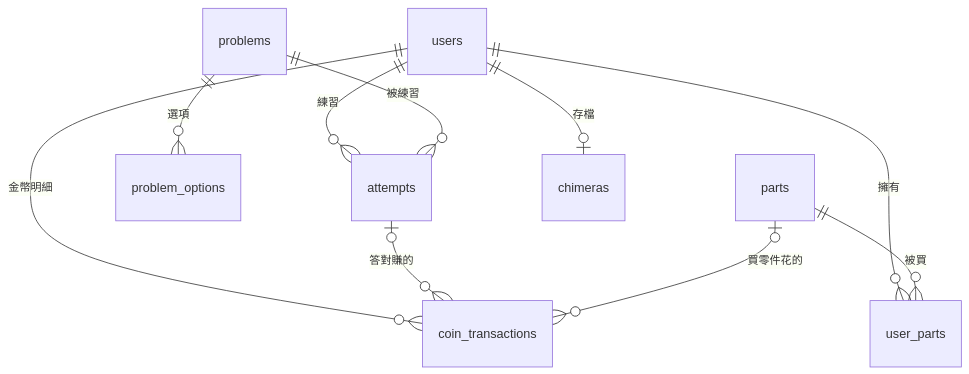
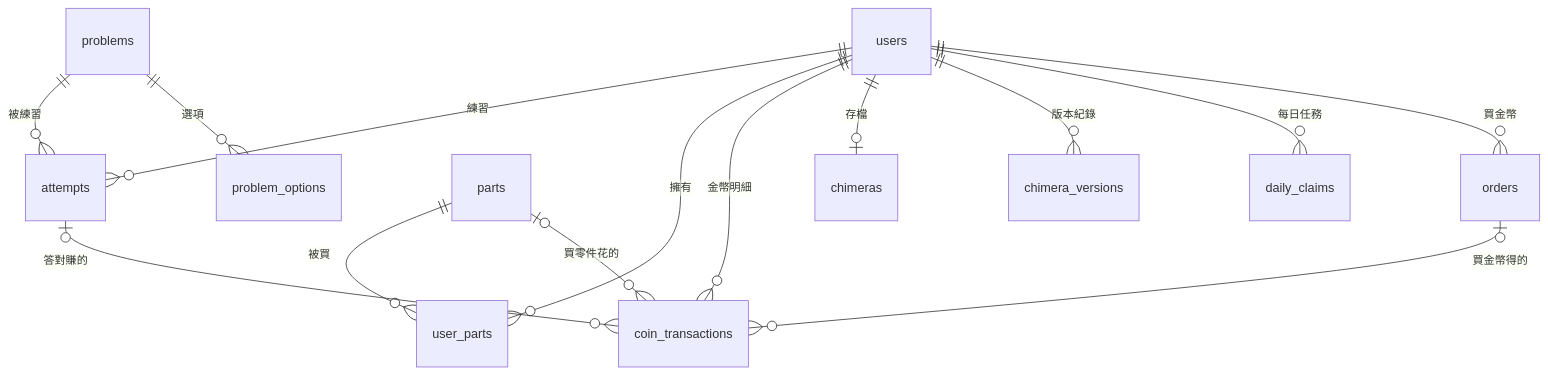
One commit to minruei/bug-clinic changed the second of 2 diagrams in README.md. Above: the diagram before and after it, drawn with Mermaid. The commit also changed other lines of this file and 4 other files, not shown here.

````diff
--- a/README.md
+++ b/README.md
@@ -47,12 +52,16 @@
 ```mermaid
 erDiagram
   users ||--o{ attempts : 練習
   problems ||--o{ attempts : 被練習
   problems ||--o{ problem_options : 選項
   users ||--o{ user_parts : 擁有
   parts ||--o{ user_parts : 被買
   users ||--o{ coin_transactions : 金幣明細
   attempts |o--o{ coin_transactions : 答對賺的
   parts |o--o{ coin_transactions : 買零件花的
   users ||--o| chimeras : 存檔
+  users ||--o{ chimera_versions : 版本紀錄
+  users ||--o{ daily_claims : 每日任務
+  users ||--o{ orders : 買金幣
+  orders |o--o{ coin_transactions : 買金幣得的
 ```
````
